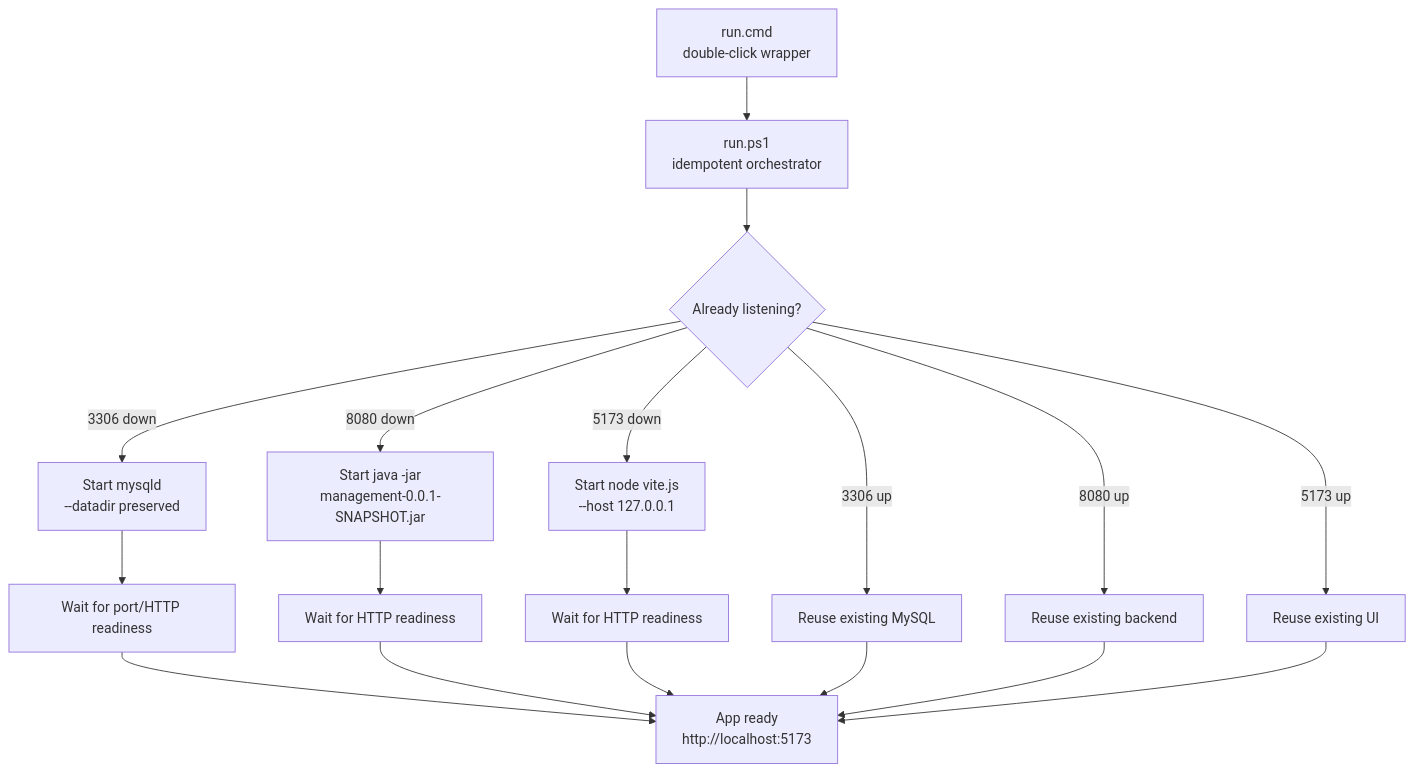
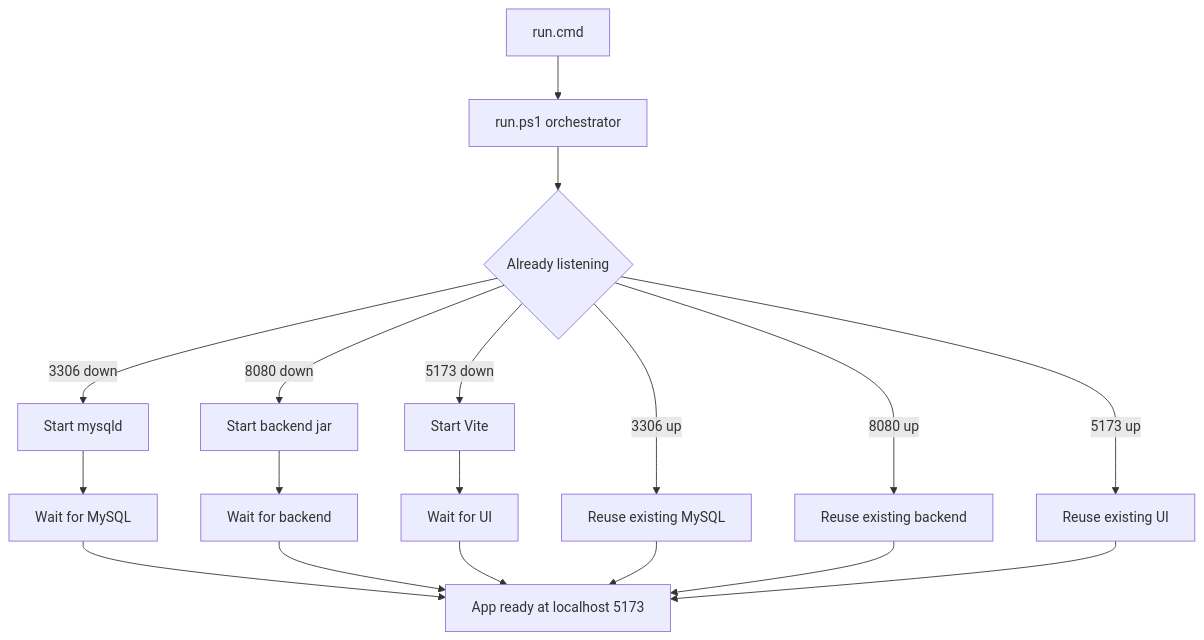
Before and after one commit to Lalmohan04/employee-management-system: the tenth of 10 diagrams in docs/ARCHITECTURE.md, drawn with Mermaid. The commit also changed other lines of this file, not shown here.

First line of the commit message:
docs: fix Mermaid diagrams for GitHub rendering

````diff
--- a/docs/ARCHITECTURE.md
+++ b/docs/ARCHITECTURE.md
@@ -689,26 +611,26 @@
 ```mermaid
-flowchart TD
-    RC["run.cmd<br/>double-click wrapper"] --> PS["run.ps1<br/>idempotent orchestrator"]
+graph TD
+    RC[run.cmd] --> PS[run.ps1 orchestrator]
 
-    PS --> CHK{"Already listening?"}
+    PS --> CHK{Already listening}
 
-    CHK -->|3306 down| MY["Start mysqld<br/>--datadir preserved"]
-    CHK -->|3306 up| MYOK["Reuse existing MySQL"]
+    CHK -->|3306 down| MY[Start mysqld]
+    CHK -->|3306 up| MYOK[Reuse existing MySQL]
 
-    CHK -->|8080 down| BE["Start java -jar<br/>management-0.0.1-SNAPSHOT.jar"]
-    CHK -->|8080 up| BEOK["Reuse existing backend"]
+    CHK -->|8080 down| BE[Start backend jar]
+    CHK -->|8080 up| BEOK[Reuse existing backend]
 
-    CHK -->|5173 down| FE["Start node vite.js<br/>--host 127.0.0.1"]
-    CHK -->|5173 up| FEAOK["Reuse existing UI"]
+    CHK -->|5173 down| FE[Start Vite]
+    CHK -->|5173 up| FEAOK[Reuse existing UI]
 
-    MY --> WAIT1["Wait for port/HTTP readiness"]
-    BE --> WAIT2["Wait for HTTP readiness"]
-    FE --> WAIT3["Wait for HTTP readiness"]
+    MY --> WAIT1[Wait for MySQL]
+    BE --> WAIT2[Wait for backend]
+    FE --> WAIT3[Wait for UI]
 
-    WAIT1 --> READY["App ready<br/>http://localhost:5173"]
+    WAIT1 --> READY[App ready at localhost 5173]
     WAIT2 --> READY
     WAIT3 --> READY
     MYOK --> READY
     BEOK --> READY
     FEAOK --> READY
 ```
````
